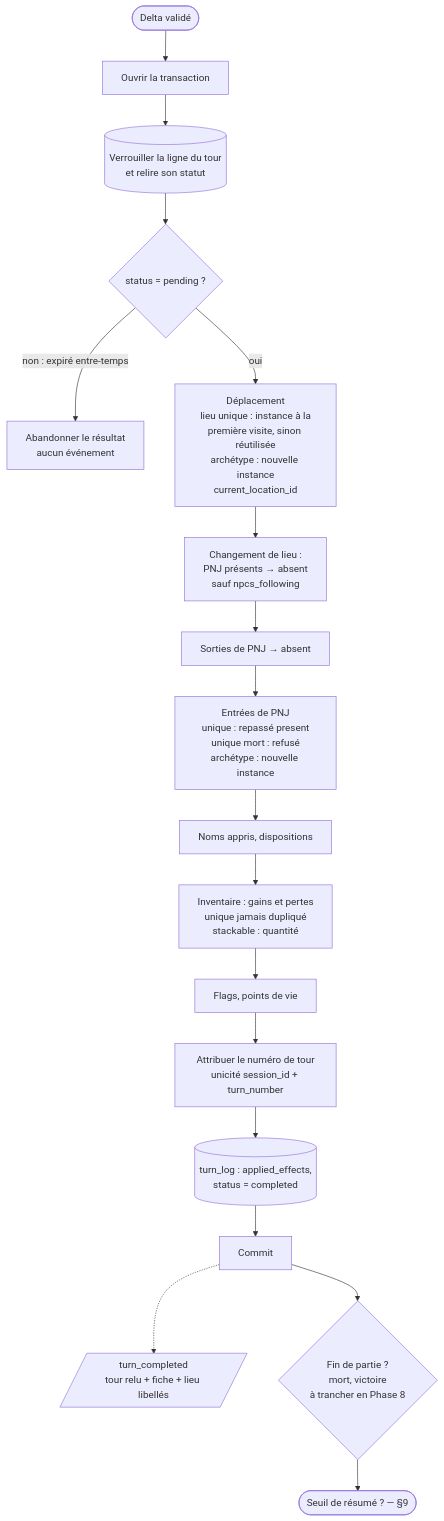
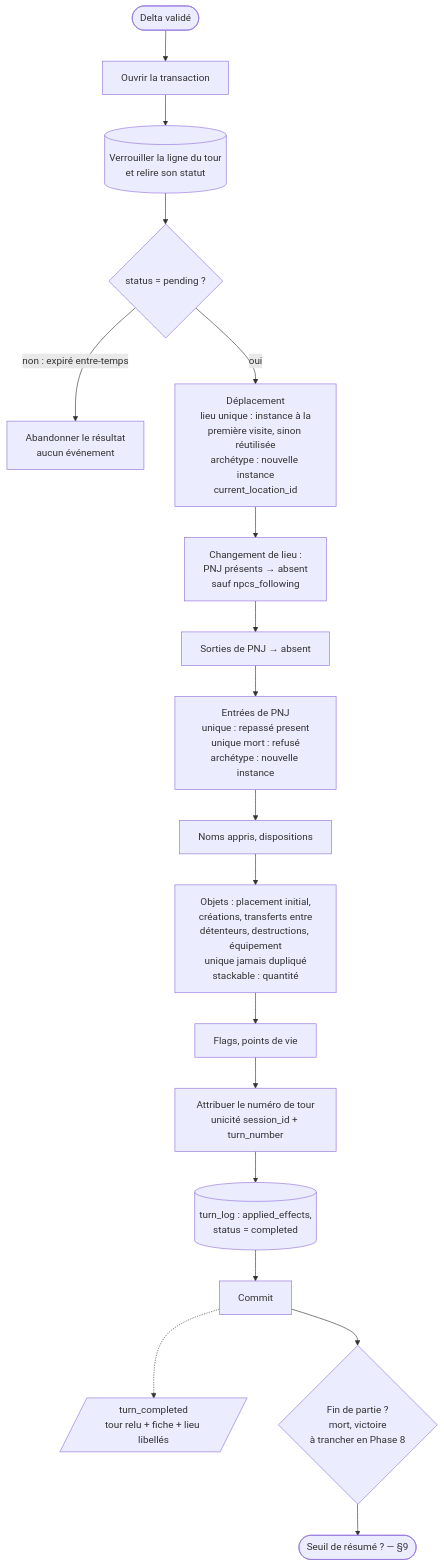
The tenth of 14 diagrams in doc/flux-backend-tour-de-jeu-mj-virtuel.md (cyrilpointet/wanderlore), drawn with Mermaid before and after one commit. The commit also changed other lines of this file and 7 other files, not shown here.

````diff
--- a/doc/flux-backend-tour-de-jeu-mj-virtuel.md
+++ b/doc/flux-backend-tour-de-jeu-mj-virtuel.md
@@ -298,20 +300,20 @@
 ```mermaid
 flowchart TD
     A([Delta validé]) --> B[Ouvrir la transaction]
     B --> C[(Verrouiller la ligne du tour<br/>et relire son statut)]
     C --> D{status = pending ?}
     D -->|non : expiré entre-temps| D1[Abandonner le résultat<br/>aucun événement]
     D -->|oui| M[Déplacement<br/>lieu unique : instance à la<br/>première visite, sinon réutilisée<br/>archétype : nouvelle instance<br/>current_location_id]
     M --> N[Changement de lieu :<br/>PNJ présents → absent<br/>sauf npcs_following]
     N --> O[Sorties de PNJ → absent]
     O --> P[Entrées de PNJ<br/>unique : repassé present<br/>unique mort : refusé<br/>archétype : nouvelle instance]
     P --> Q[Noms appris, dispositions]
-    Q --> R[Inventaire : gains et pertes<br/>unique jamais dupliqué<br/>stackable : quantité]
+    Q --> R[Objets : placement initial,<br/>créations, transferts entre<br/>détenteurs, destructions, équipement<br/>unique jamais dupliqué<br/>stackable : quantité]
     R --> S[Flags, points de vie]
     S --> T[Attribuer le numéro de tour<br/>unicité session_id + turn_number]
     T --> U[(turn_log : applied_effects,<br/>status = completed)]
     U --> V[Commit]
     V -.-> W[/turn_completed<br/>tour relu + fiche + lieu libellés/]
     V --> Z{Fin de partie ?<br/>mort, victoire<br/>à trancher en Phase 8}
     Z --> J([Seuil de résumé ? — §9])
 ```
````
